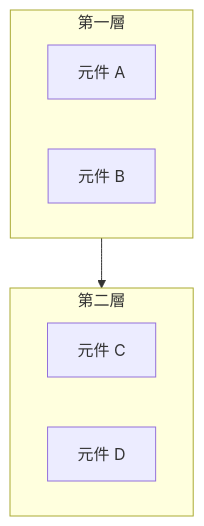
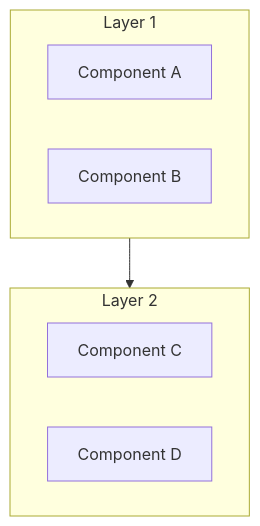
The second of 3 diagrams in app-requirements-skill/references/sdd-standards.md (jrjohn/arcana-skills), drawn with Mermaid before and after one commit. The commit also changed other lines of this file and 41 other files, not shown here.

````diff
--- a/app-requirements-skill/references/sdd-standards.md
+++ b/app-requirements-skill/references/sdd-standards.md
@@ -306,12 +306,12 @@
 ```mermaid
 flowchart TB
-    subgraph Layer1["第一層"]
-        A[元件 A]
-        B[元件 B]
+    subgraph Layer1["Layer 1"]
+        A[Component A]
+        B[Component B]
     end
-    subgraph Layer2["第二層"]
-        C[元件 C]
-        D[元件 D]
+    subgraph Layer2["Layer 2"]
+        C[Component C]
+        D[Component D]
     end
     Layer1 --> Layer2
 ```
````
